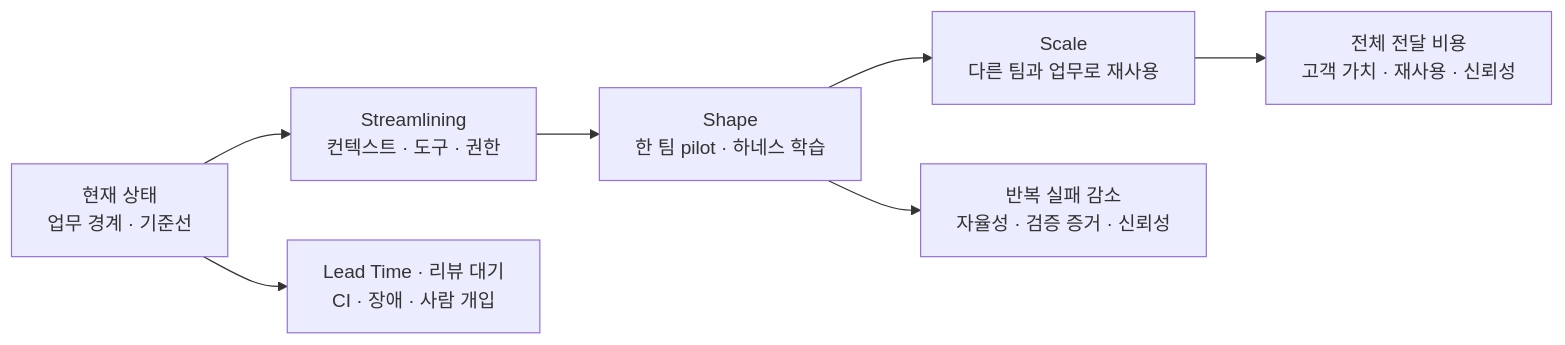
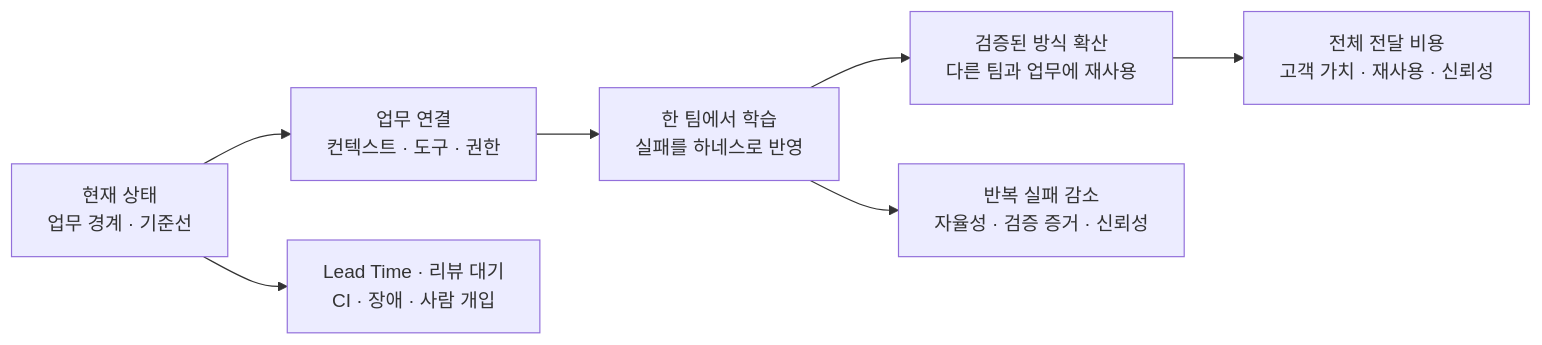
The fifth of 5 diagrams in _posts/2026-08-31-frontier-development-habits.md (haandol/haandol.github.com), drawn with Mermaid before and after one commit. The commit also changed other lines of this file, not shown here.

````diff
--- a/_posts/2026-08-31-frontier-development-habits.md
+++ b/_posts/2026-08-31-frontier-development-habits.md
@@ -365,10 +359,10 @@
 ```mermaid
 flowchart LR
-    B["현재 상태<br/>업무 경계 · 기준선"] --> S1["Streamlining<br/>컨텍스트 · 도구 · 권한"]
-    S1 --> S2["Shape<br/>한 팀 pilot · 하네스 학습"]
-    S2 --> S3["Scale<br/>다른 팀과 업무로 재사용"]
+    B["현재 상태<br/>업무 경계 · 기준선"] --> S1["업무 연결<br/>컨텍스트 · 도구 · 권한"]
+    S1 --> S2["한 팀에서 학습<br/>실패를 하네스로 반영"]
+    S2 --> S3["검증된 방식 확산<br/>다른 팀과 업무에 재사용"]
 
     B --> BM["Lead Time · 리뷰 대기<br/>CI · 장애 · 사람 개입"]
     S2 --> M1["반복 실패 감소<br/>자율성 · 검증 증거 · 신뢰성"]
     S3 --> M2["전체 전달 비용<br/>고객 가치 · 재사용 · 신뢰성"]
 ```
````
